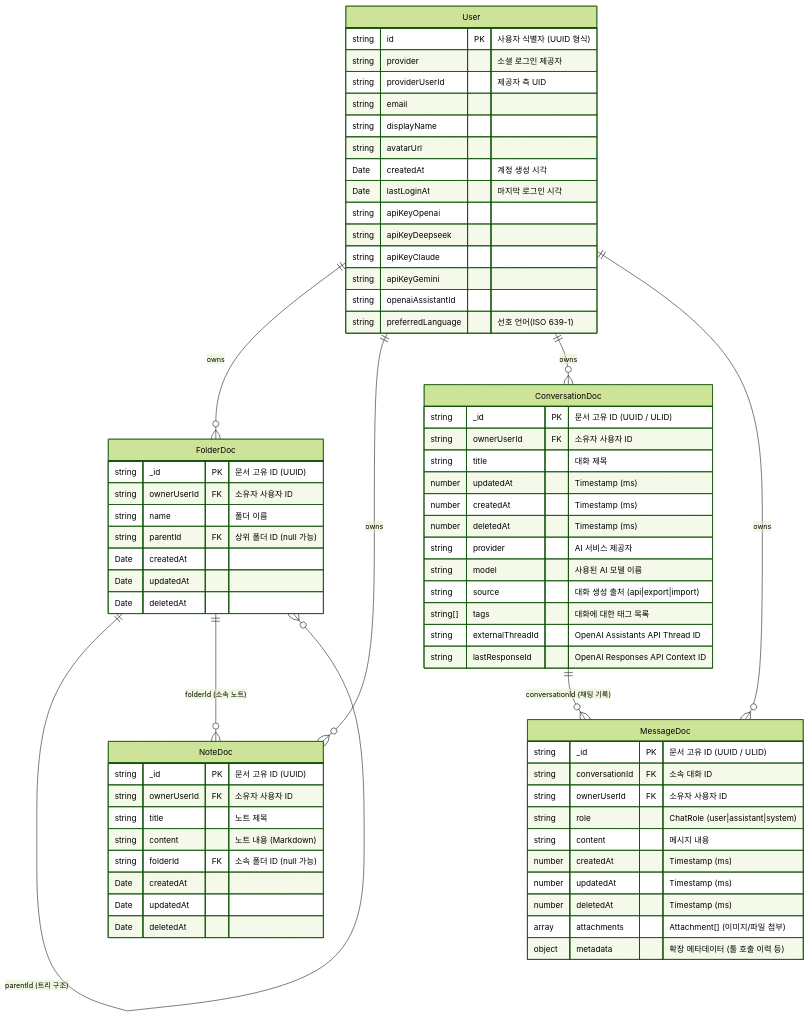
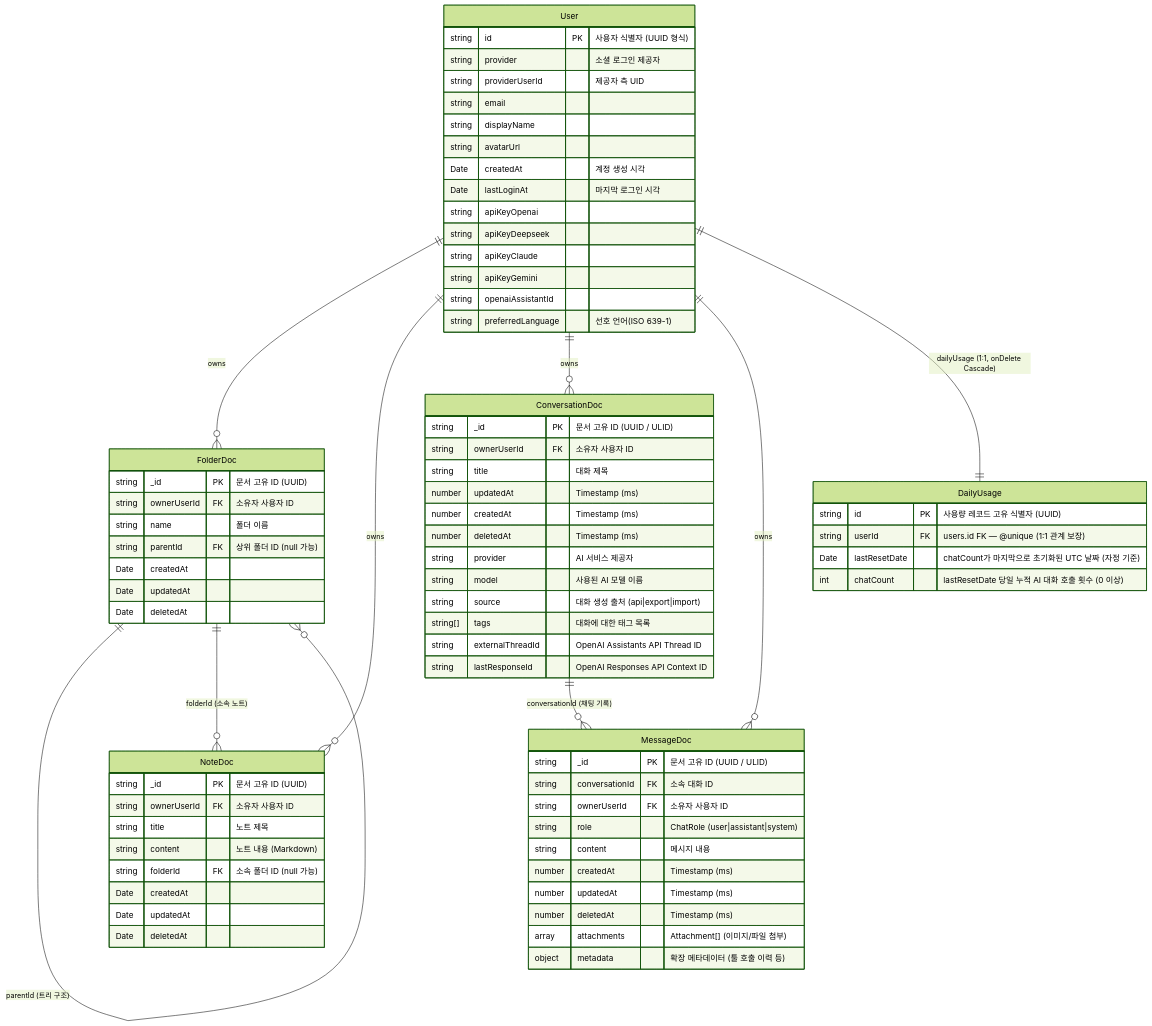
Before and after one commit to TACO-FOR-ALL/GraphNode_BE: the first of 4 diagrams in docs/architecture/DATABASE.md, drawn with Mermaid (forest theme). The commit also changed other lines of this file and 17 other files, not shown here.

```diff
--- a/docs/architecture/DATABASE.md
+++ b/docs/architecture/DATABASE.md
@@ -103,11 +103,19 @@
     %%     number size "파일 크기 (bytes)"
     %% }
 
+    DailyUsage {
+        string id PK "사용량 레코드 고유 식별자 (UUID)"
+        string userId FK "users.id FK — @unique (1:1 관계 보장)"
+        Date lastResetDate "chatCount가 마지막으로 초기화된 UTC 날짜 (자정 기준)"
+        int chatCount "lastResetDate 당일 누적 AI 대화 호출 횟수 (0 이상)"
+    }
+
     %% Relationships
     User ||--o{ FolderDoc : "owns"
     User ||--o{ NoteDoc : "owns"
     User ||--o{ ConversationDoc : "owns"
     User ||--o{ MessageDoc : "owns"
+    User ||--|| DailyUsage : "dailyUsage (1:1, onDelete Cascade)"
 
     FolderDoc ||--o{ FolderDoc : "parentId (트리 구조)"
     FolderDoc ||--o{ NoteDoc : "folderId (소속 노트)"
```
